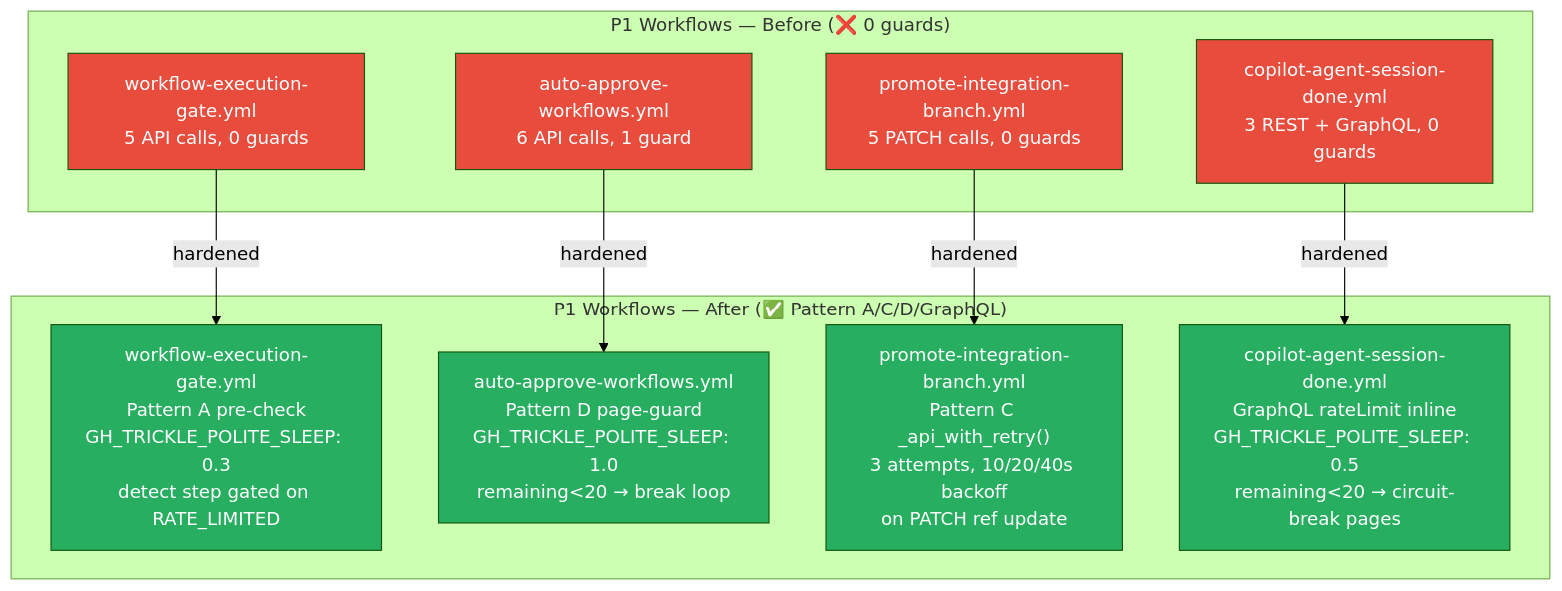
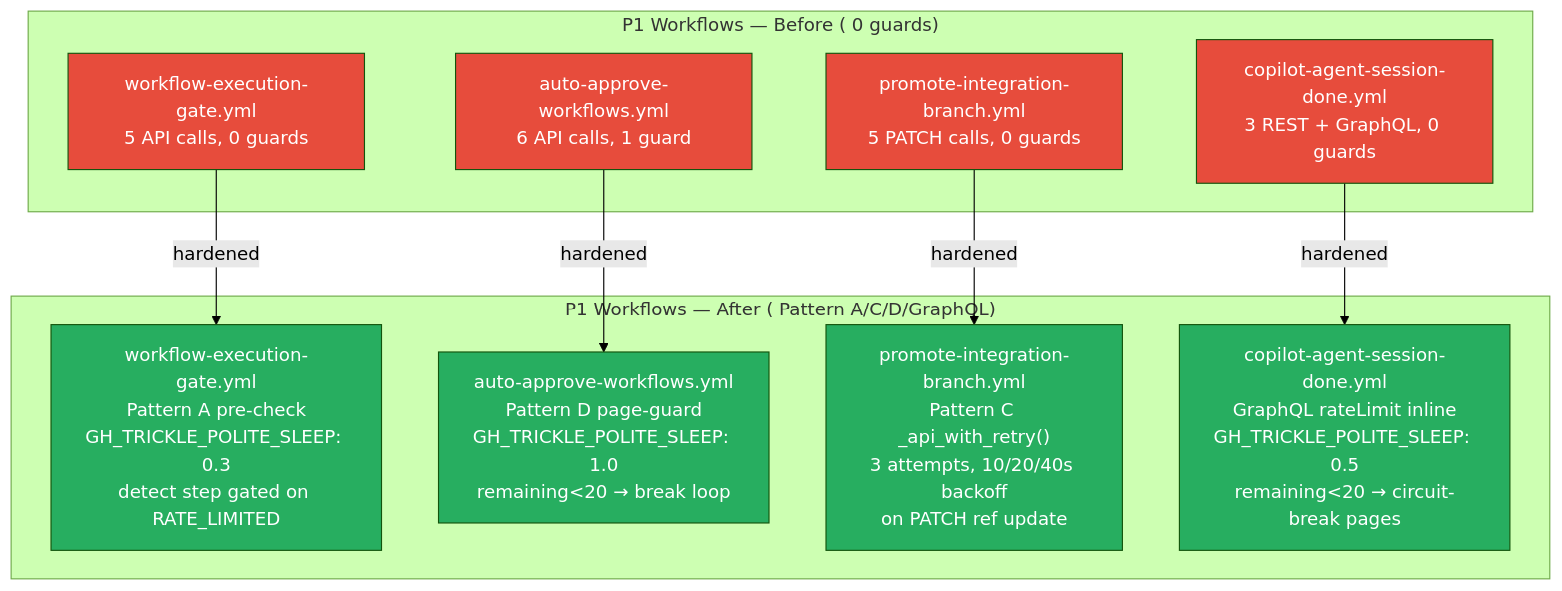
One commit to Aries-Serpent/_codex_ changed diagram 19 of 26 in docs/sessions/PR4346_session_diagram.md. Above: the diagram before and after it, drawn with Mermaid (forest theme). The commit also changed other lines of this file and 2029 other files, not shown here.

````diff
--- a/docs/sessions/PR4346_session_diagram.md
+++ b/docs/sessions/PR4346_session_diagram.md
@@ -511,31 +513,31 @@
 ```mermaid
 %%{init: {'accessibility': {'title': 'Flowchart showing "workflow-execution-gate.yml\n5 API calls, 0 guards", "auto-approve-workflows.yml\n6 API calls, 1 guard"'}}%%
 flowchart TD
-    subgraph "P1 Workflows — Before (❌ 0 guards)"
+    subgraph "P1 Workflows — Before ( 0 guards)"
         A1["workflow-execution-gate.yml\n5 API calls, 0 guards"]
         A2["auto-approve-workflows.yml\n6 API calls, 1 guard"]
         A3["promote-integration-branch.yml\n5 PATCH calls, 0 guards"]
         A4["copilot-agent-session-done.yml\n3 REST + GraphQL, 0 guards"]
     end
 
-    subgraph "P1 Workflows — After (✅ Pattern A/C/D/GraphQL)"
+    subgraph "P1 Workflows — After ( Pattern A/C/D/GraphQL)"
         B1["workflow-execution-gate.yml\nPattern A pre-check\nGH_TRICKLE_POLITE_SLEEP: 0.3\ndetect step gated on RATE_LIMITED"]
         B2["auto-approve-workflows.yml\nPattern D page-guard\nGH_TRICKLE_POLITE_SLEEP: 1.0\nremaining<20 → break loop"]
         B3["promote-integration-branch.yml\nPattern C _api_with_retry()\n3 attempts, 10/20/40s backoff\non PATCH ref update"]
         B4["copilot-agent-session-done.yml\nGraphQL rateLimit inline\nGH_TRICKLE_POLITE_SLEEP: 0.5\nremaining<20 → circuit-break pages"]
     end
 
     A1 -->|hardened| B1
     A2 -->|hardened| B2
     A3 -->|hardened| B3
     A4 -->|hardened| B4
 
     style A1 fill:#e74c3c,color:#fff
     style A2 fill:#e74c3c,color:#fff
     style A3 fill:#e74c3c,color:#fff
     style A4 fill:#e74c3c,color:#fff
     style B1 fill:#27ae60,color:#fff
     style B2 fill:#27ae60,color:#fff
     style B3 fill:#27ae60,color:#fff
     style B4 fill:#27ae60,color:#fff
 ```
````
